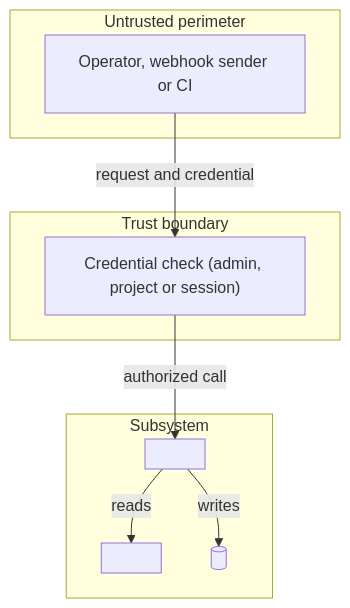
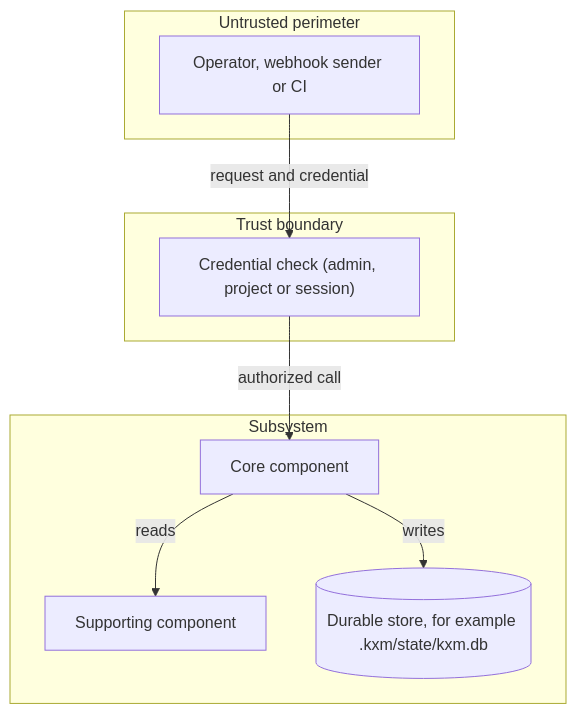
One commit to kontextmind/kxm changed the diagram in docs/templates/architecture.md. Above: the diagram before and after it, drawn with Mermaid. The commit also changed 61 other files, not shown here.

````diff
--- a/docs/templates/architecture.md
+++ b/docs/templates/architecture.md
@@ -42,21 +42,22 @@
 ```mermaid
 flowchart TB
     subgraph External ["Untrusted perimeter"]
         Caller["Operator, webhook sender or CI"]
     end
 
     subgraph Auth ["Trust boundary"]
         Check["Credential check (admin, project or session)"]
     end
 
+    %% Replace these labels with your own components and store.
     subgraph Internal ["Subsystem"]
-        Engine["<Core component>"]
-        Context["<Supporting component>"]
-        Store[("<Durable store, for example .kxm/state/kxm.db>")]
+        Engine["Core component"]
+        Context["Supporting component"]
+        Store[("Durable store, for example .kxm/state/kxm.db")]
     end
 
     Caller -->|request and credential| Check
     Check -->|authorized call| Engine
     Engine -->|reads| Context
     Engine -->|writes| Store
 ```
````
